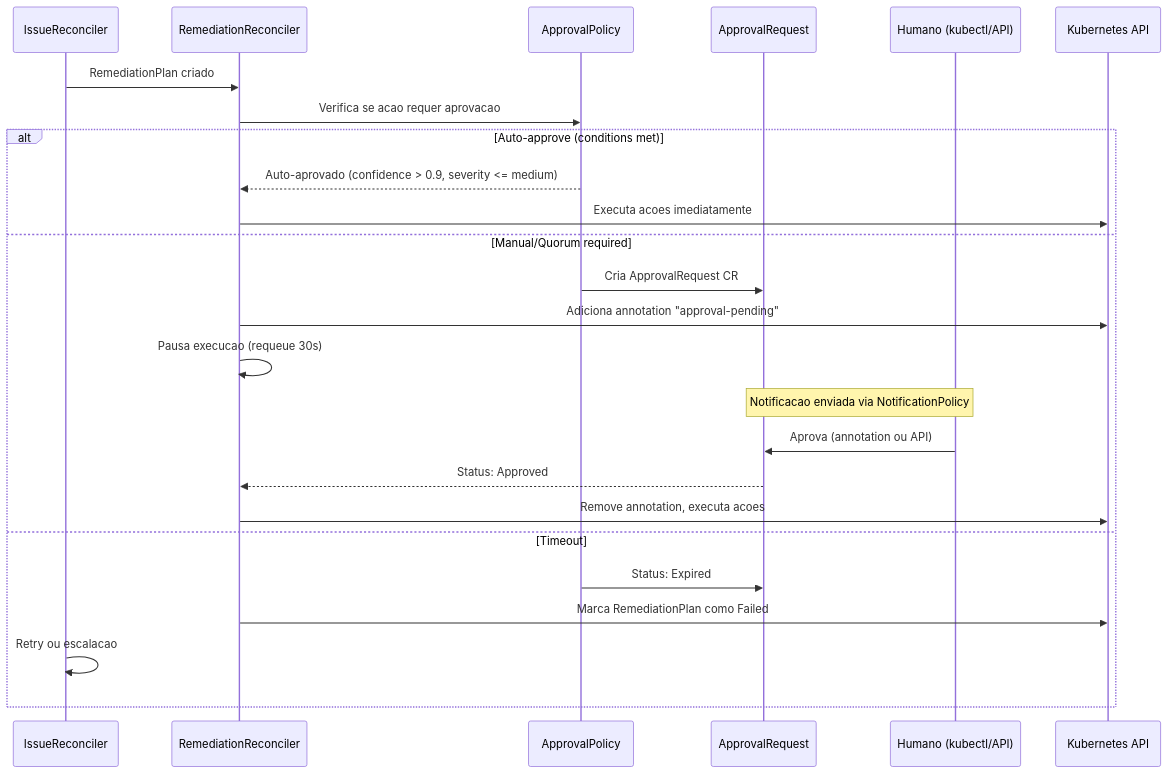
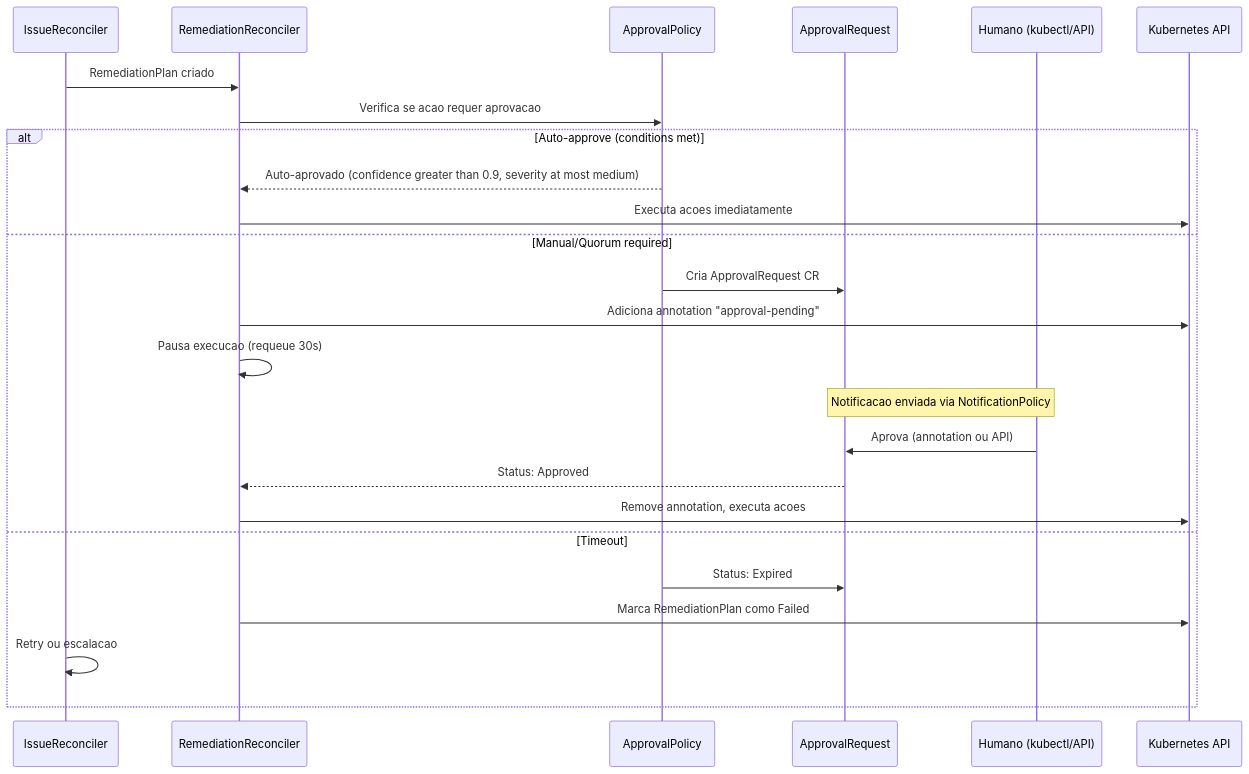
The first of 3 diagrams in features/aiops/approval-workflow.mdx (diillson/chatcli.ai), drawn with Mermaid before and after one commit. The commit also changed other lines of this file and 7 other files, not shown here.

````diff
--- a/features/aiops/approval-workflow.mdx
+++ b/features/aiops/approval-workflow.mdx
@@ -32,31 +32,31 @@
 ```mermaid
 sequenceDiagram
     participant IR as IssueReconciler
     participant RR as RemediationReconciler
     participant AP as ApprovalPolicy
     participant AR as ApprovalRequest
     participant H as Humano (kubectl/API)
     participant K8s as Kubernetes API
 
     IR->>RR: RemediationPlan criado
     RR->>AP: Verifica se acao requer aprovacao
 
     alt Auto-approve (conditions met)
-        AP-->>RR: Auto-aprovado (confidence > 0.9, severity <= medium)
+        AP-->>RR: Auto-aprovado (confidence greater than 0.9, severity at most medium)
         RR->>K8s: Executa acoes imediatamente
     else Manual/Quorum required
         AP->>AR: Cria ApprovalRequest CR
         RR->>K8s: Adiciona annotation "approval-pending"
         RR->>RR: Pausa execucao (requeue 30s)
 
         Note over AR,H: Notificacao enviada via NotificationPolicy
 
         H->>AR: Aprova (annotation ou API)
         AR-->>RR: Status: Approved
         RR->>K8s: Remove annotation, executa acoes
     else Timeout
         AP->>AR: Status: Expired
         RR->>K8s: Marca RemediationPlan como Failed
         IR->>IR: Retry ou escalacao
     end
 ```
````
